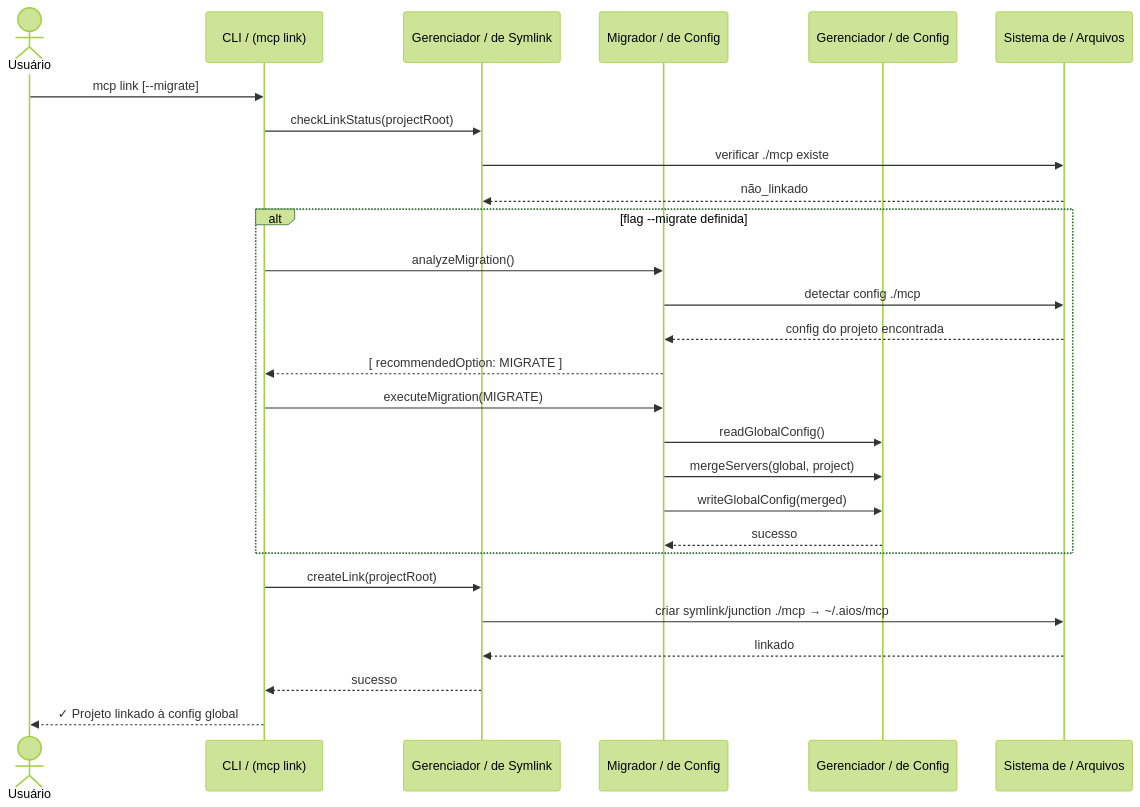
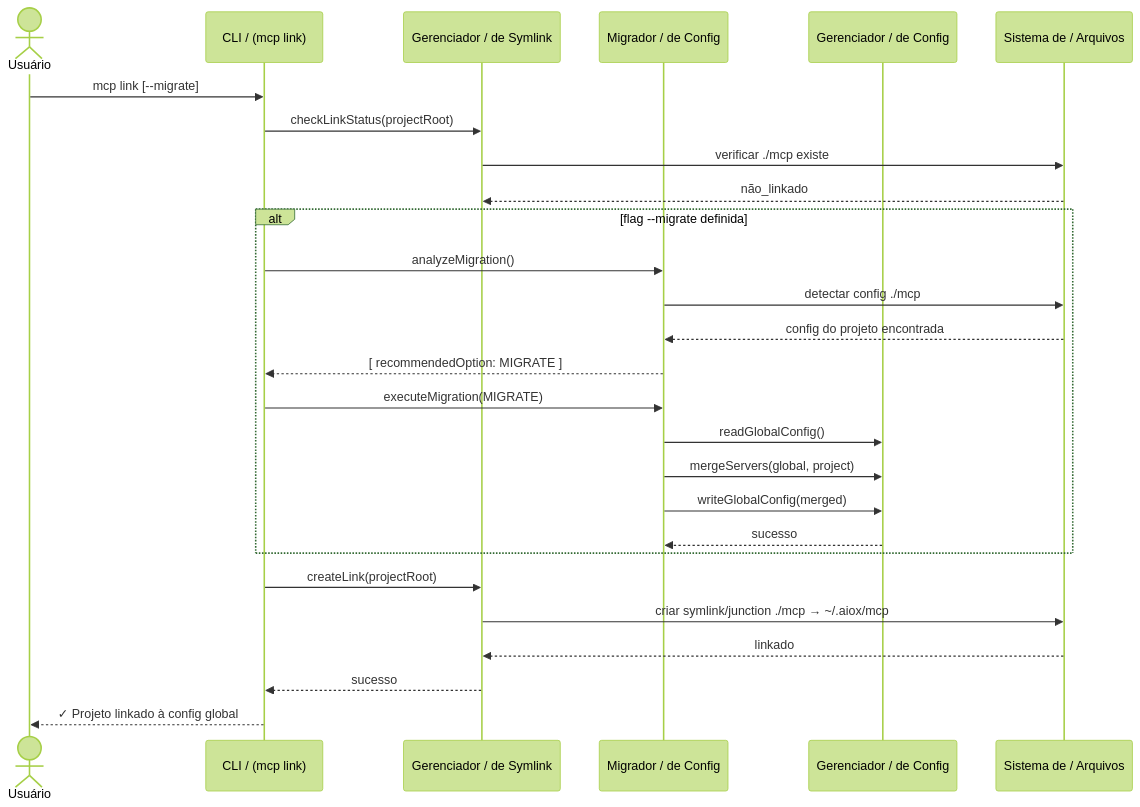
The second of 2 diagrams in content/pt-BR/docs/architecture/mcp-system-diagrams.mdx (bychrisr/aios-docs), drawn with Mermaid (forest theme) before and after one commit. The commit also changed other lines of this file and 564 other files, not shown here.

````diff
--- a/content/pt-BR/docs/architecture/mcp-system-diagrams.mdx
+++ b/content/pt-BR/docs/architecture/mcp-system-diagrams.mdx
@@ -49,30 +49,30 @@
 ```mermaid
 sequenceDiagram
     actor User as Usuário
     participant CLI as CLI / (mcp link)
     participant Symlink as Gerenciador / de Symlink
     participant Migrator as Migrador / de Config
     participant Mgr as Gerenciador / de Config
     participant FS as Sistema de / Arquivos
 
     User->>CLI: mcp link [--migrate]
     CLI->>Symlink: checkLinkStatus(projectRoot)
     Symlink->>FS: verificar ./mcp existe
     FS-->>Symlink: não_linkado
     alt flag --migrate definida
         CLI->>Migrator: analyzeMigration()
         Migrator->>FS: detectar config ./mcp
         FS-->>Migrator: config do projeto encontrada
         Migrator-->>CLI: [ recommendedOption: MIGRATE ]
         CLI->>Migrator: executeMigration(MIGRATE)
         Migrator->>Mgr: readGlobalConfig()
         Migrator->>Mgr: mergeServers(global, project)
         Migrator->>Mgr: writeGlobalConfig(merged)
         Mgr-->>Migrator: sucesso
     end
     CLI->>Symlink: createLink(projectRoot)
-    Symlink->>FS: criar symlink/junction ./mcp → ~/.aios/mcp
+    Symlink->>FS: criar symlink/junction ./mcp → ~/.aiox/mcp
     FS-->>Symlink: linkado
     Symlink-->>CLI: sucesso
     CLI-->>User: ✓ Projeto linkado à config global
 ```
````
